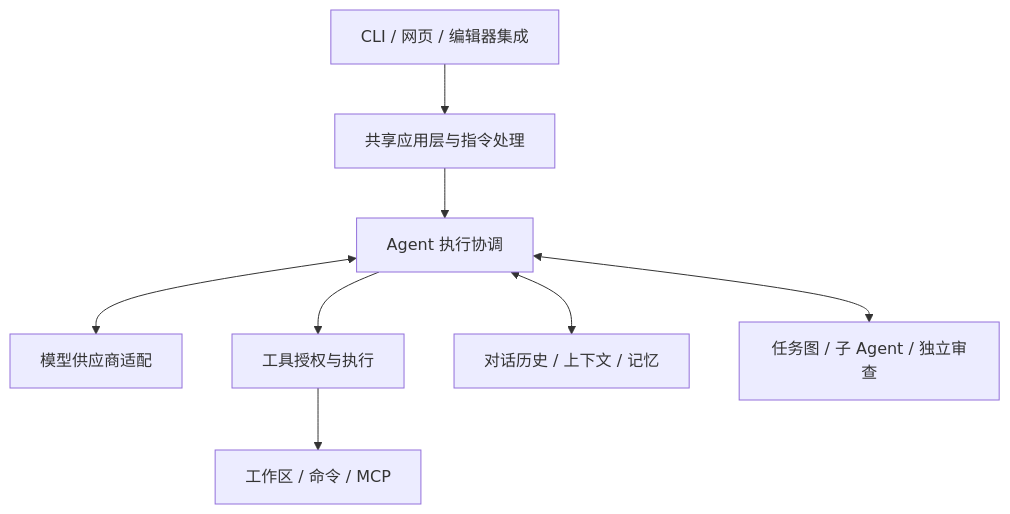
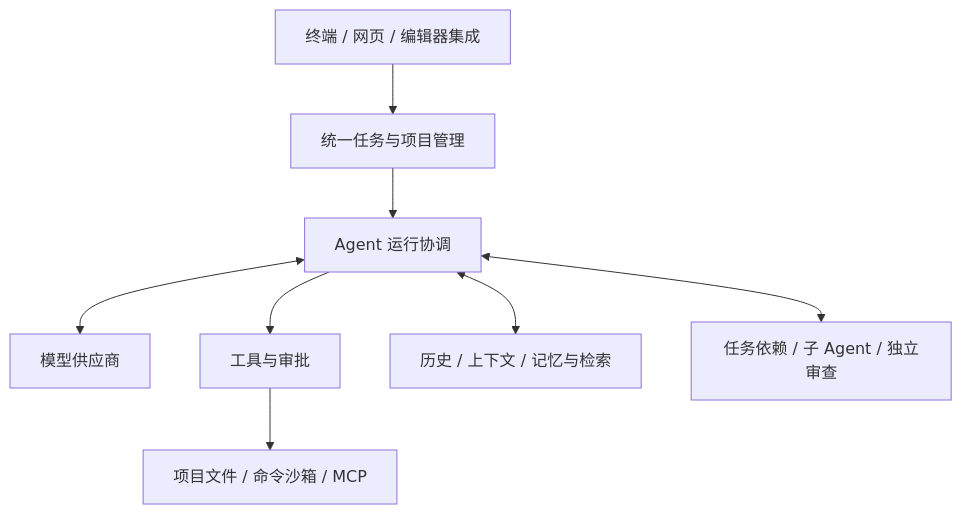
The diagram in docs/TECHNICAL_DESIGN_ZH.md (dd1000001000/EASY_CODE), drawn with Mermaid before and after one commit. The commit also changed other lines of this file and 3 other files, not shown here.

````diff
--- a/docs/TECHNICAL_DESIGN_ZH.md
+++ b/docs/TECHNICAL_DESIGN_ZH.md
@@ -23,10 +11,10 @@
 ```mermaid
 flowchart TD
-    UI[CLI / 网页 / 编辑器集成] --> APP[共享应用层与指令处理]
-    APP --> RUN[Agent 执行协调]
-    RUN <--> MODEL[模型供应商适配]
-    RUN --> TOOL[工具授权与执行]
-    TOOL --> WORK[工作区 / 命令 / MCP]
-    RUN <--> DATA[对话历史 / 上下文 / 记忆]
-    RUN <--> TEAM[任务图 / 子 Agent / 独立审查]
+    UI[终端 / 网页 / 编辑器集成] --> APP[统一任务与项目管理]
+    APP --> AGENT[Agent 运行协调]
+    AGENT <--> MODEL[模型供应商]
+    AGENT --> TOOLS[工具与审批]
+    TOOLS --> ENV[项目文件 / 命令沙箱 / MCP]
+    AGENT <--> MEMORY[历史 / 上下文 / 记忆与检索]
+    AGENT <--> TEAM[任务依赖 / 子 Agent / 独立审查]
 ```
````
